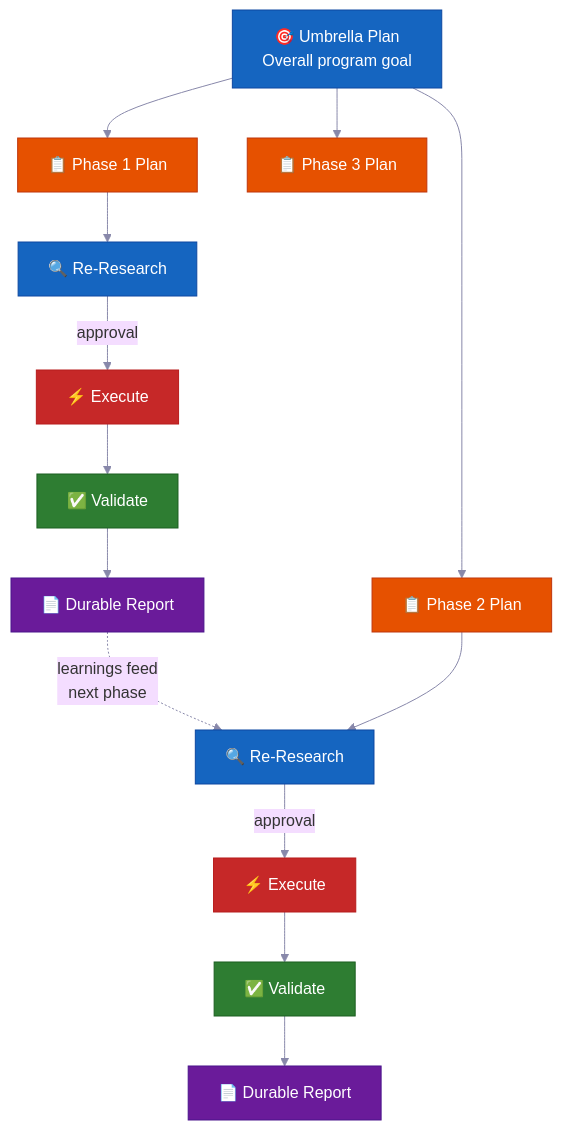
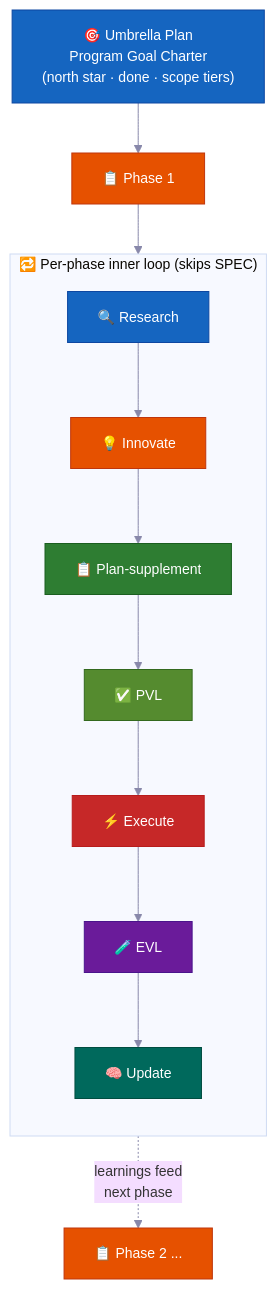
Diagram 12 of 14 in README.md (Erlangga15/vibecode-pro-max-kit), drawn with Mermaid before and after one commit. The commit also changed other lines of this file and 43 other files, not shown here.

````diff
--- a/README.md
+++ b/README.md
@@ -965,46 +1231,33 @@
 ```mermaid
-%%{init: {'theme': 'base', 'themeVariables': {'fontSize': '16px', 'lineColor': '#8888AA'}} }%%
+%%{init: {'theme': 'base', 'themeVariables': {'fontSize': '14px', 'lineColor': '#8888AA'}} }%%
 flowchart TD
-    UP["🎯 Umbrella Plan\nOverall program goal"]
-    P1["📋 Phase 1 Plan"]
-    P2["📋 Phase 2 Plan"]
-    P3["📋 Phase 3 Plan"]
+    UP["🎯 Umbrella Plan\nProgram Goal Charter\n(north star · done · scope tiers)"]
+    P1["📋 Phase 1"]
+    P2["📋 Phase 2 ..."]
 
-    R1["🔍 Re-Research"]
-    E1["⚡ Execute"]
-    V1["✅ Validate"]
-    RP1["📄 Durable Report"]
+    subgraph LOOP["🔁 Per-phase inner loop (skips SPEC)"]
+        direction TB
+        R["🔍 Research"]
+        I["💡 Innovate"]
+        PL["📋 Plan-supplement"]
+        PVL["✅ PVL"]
+        EX["⚡ Execute"]
+        EVL["🧪 EVL"]
+        UPD["🧠 Update"]
+        R --> I --> PL --> PVL --> EX --> EVL --> UPD
+    end
 
-    R2["🔍 Re-Research"]
-    E2["⚡ Execute"]
-    V2["✅ Validate"]
-    RP2["📄 Durable Report"]
-
-    UP --> P1
-    UP --> P2
-    UP --> P3
-
-    P1 --> R1
-    R1 -->|"approval"| E1
-    E1 --> V1
-    V1 --> RP1
-    RP1 -.->|"learnings feed\nnext phase"| R2
-
-    P2 --> R2
-    R2 -->|"approval"| E2
-    E2 --> V2
-    V2 --> RP2
+    UP --> P1 --> LOOP
+    LOOP -.->|"learnings feed\nnext phase"| P2
 
     style UP fill:#1565C0,stroke:#0D47A1,color:#FFFFFF
     style P1 fill:#E65100,stroke:#BF360C,color:#FFFFFF
     style P2 fill:#E65100,stroke:#BF360C,color:#FFFFFF
-    style P3 fill:#E65100,stroke:#BF360C,color:#FFFFFF
-    style R1 fill:#1565C0,stroke:#0D47A1,color:#FFFFFF
-    style E1 fill:#C62828,stroke:#B71C1C,color:#FFFFFF
-    style V1 fill:#2E7D32,stroke:#1B5E20,color:#FFFFFF
-    style RP1 fill:#6A1B9A,stroke:#4A148C,color:#FFFFFF
-    style R2 fill:#1565C0,stroke:#0D47A1,color:#FFFFFF
-    style E2 fill:#C62828,stroke:#B71C1C,color:#FFFFFF
-    style V2 fill:#2E7D32,stroke:#1B5E20,color:#FFFFFF
-    style RP2 fill:#6A1B9A,stroke:#4A148C,color:#FFFFFF
+    style R fill:#1565C0,stroke:#0D47A1,color:#FFFFFF
+    style I fill:#E65100,stroke:#BF360C,color:#FFFFFF
+    style PL fill:#2E7D32,stroke:#1B5E20,color:#FFFFFF
+    style PVL fill:#558B2F,stroke:#33691E,color:#FFFFFF
+    style EX fill:#C62828,stroke:#B71C1C,color:#FFFFFF
+    style EVL fill:#6A1B9A,stroke:#4A148C,color:#FFFFFF
+    style UPD fill:#00695C,stroke:#004D40,color:#FFFFFF
 ```
````
